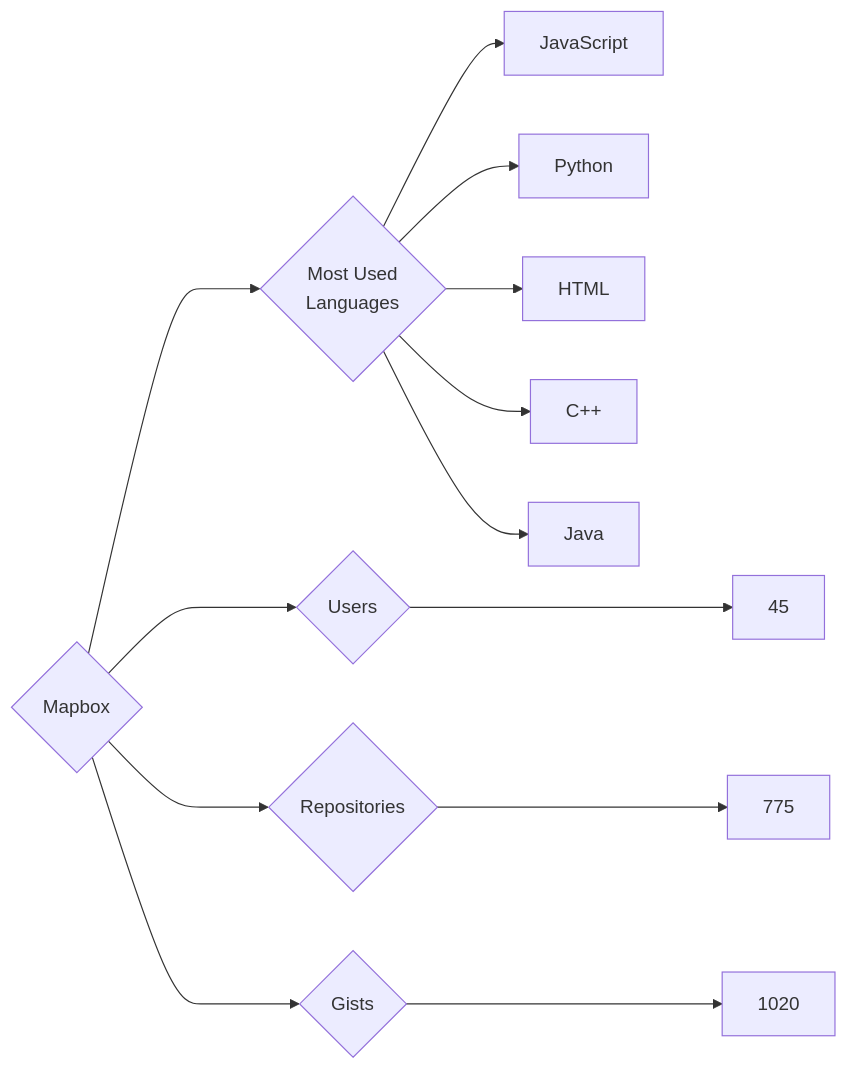
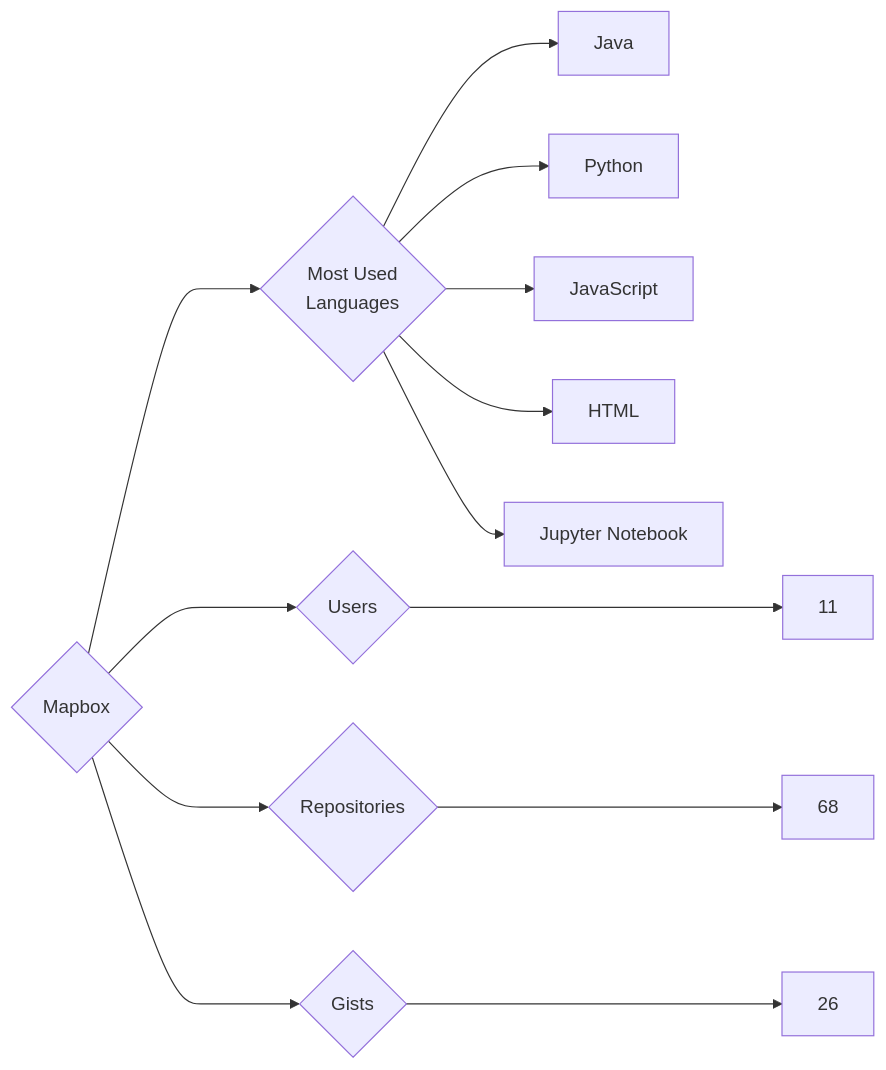
Before and after one commit to trickest/insiders: the diagram in targets/Mapbox/README.md, drawn with Mermaid. The commit also changed 1496 other files, not shown here.

````diff
--- a/targets/Mapbox/README.md
+++ b/targets/Mapbox/README.md
@@ -3,13 +3,13 @@
 ```mermaid
 graph LR
 COMPANY_NAME{Mapbox}
-COMPANY_NAME ---> U{Users} ---> UN[45]
-COMPANY_NAME ---> R{Repositories} ---> RN[775]
-COMPANY_NAME ---> G{Gists} ---> GN[1020]
+COMPANY_NAME ---> U{Users} ---> UN[11]
+COMPANY_NAME ---> R{Repositories} ---> RN[68]
+COMPANY_NAME ---> G{Gists} ---> GN[26]
 COMPANY_NAME ---> ML{Most Used<br>Languages}
+ML --> Java[Java]
+ML --> Python[Python]
 ML --> JavaScript[JavaScript]
-ML --> Python[Python]
 ML --> HTML[HTML]
-ML --> C++[C++]
-ML --> Java[Java]
+ML --> Jupyter_Notebook[Jupyter Notebook]
 ```
````
